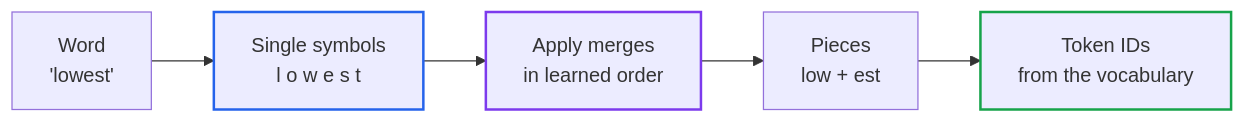
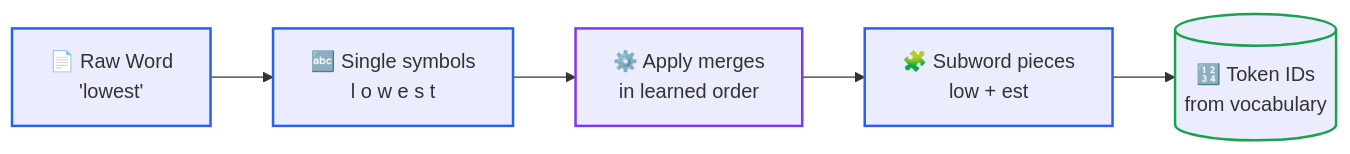
The first of 2 diagrams in 00-foundations-and-token-mechanics/01-tokenization-and-bpe-mechanics.md (dip4k/senior-engineer-to-ai-engineer-roadmap), drawn with Mermaid before and after one commit. The commit also changed other lines of this file and 39 other files, not shown here.

First line of the commit message:
feat(curriculum): upgrade mermaid diagrams with unicode icons & codify anti-bloat layout rules

````diff
--- a/00-foundations-and-token-mechanics/01-tokenization-and-bpe-mechanics.md
+++ b/00-foundations-and-token-mechanics/01-tokenization-and-bpe-mechanics.md
@@ -76,11 +76,13 @@
 ```mermaid
 flowchart LR
-    W["Word<br>'lowest'"] --> C["Single symbols<br>l o w e s t"]
-    C --> M["Apply merges<br>in learned order"]
-    M --> P["Pieces<br>low + est"]
-    P --> I["Token IDs<br>from the vocabulary"]
+    W["📄 Raw Word<br>'lowest'"] --> C["🔤 Single symbols<br>l o w e s t"]
+    C --> M["⚙️ Apply merges<br>in learned order"]
+    M --> P["🧩 Subword pieces<br>low + est"]
+    P --> I[("🔢 Token IDs<br>from vocabulary")]
 
+    style W stroke:#2563eb,stroke-width:2px
     style C stroke:#2563eb,stroke-width:2px
     style M stroke:#7c3aed,stroke-width:2px
+    style P stroke:#2563eb,stroke-width:2px
     style I stroke:#16a34a,stroke-width:2px
 ```
````
